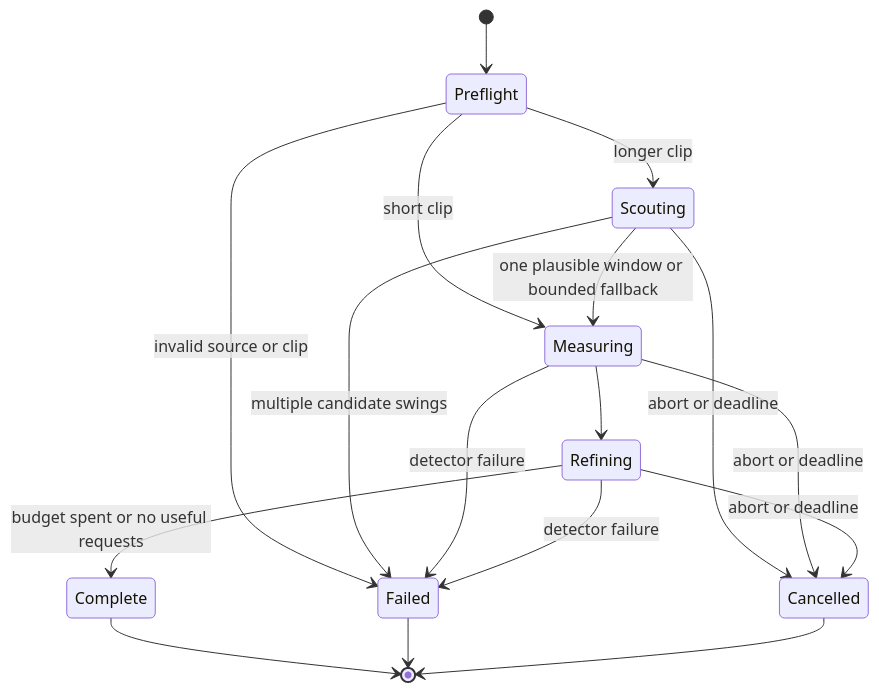
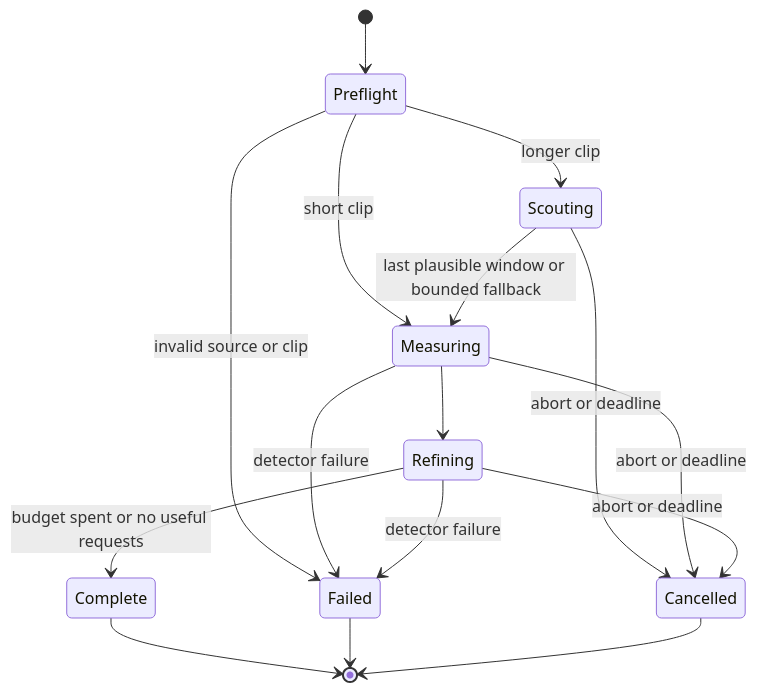
The second of 2 diagrams in docs/swing-architecture.md (jaewonshim0000-ai/golf-ai-coach), drawn with Mermaid before and after one commit. The commit also changed other lines of this file and 28 other files, not shown here.

````diff
--- a/docs/swing-architecture.md
+++ b/docs/swing-architecture.md
@@ -54,19 +57,18 @@
 ```mermaid
 stateDiagram-v2
   [*] --> Preflight
   Preflight --> Scouting: longer clip
   Preflight --> Measuring: short clip
-  Scouting --> Measuring: one plausible window or bounded fallback
+  Scouting --> Measuring: last plausible window or bounded fallback
   Measuring --> Refining
   Refining --> Complete: budget spent or no useful requests
   Preflight --> Failed: invalid source or clip
-  Scouting --> Failed: multiple candidate swings
   Measuring --> Failed: detector failure
   Refining --> Failed: detector failure
   Scouting --> Cancelled: abort or deadline
   Measuring --> Cancelled: abort or deadline
   Refining --> Cancelled: abort or deadline
   Complete --> [*]
   Failed --> [*]
   Cancelled --> [*]
 ```
````
